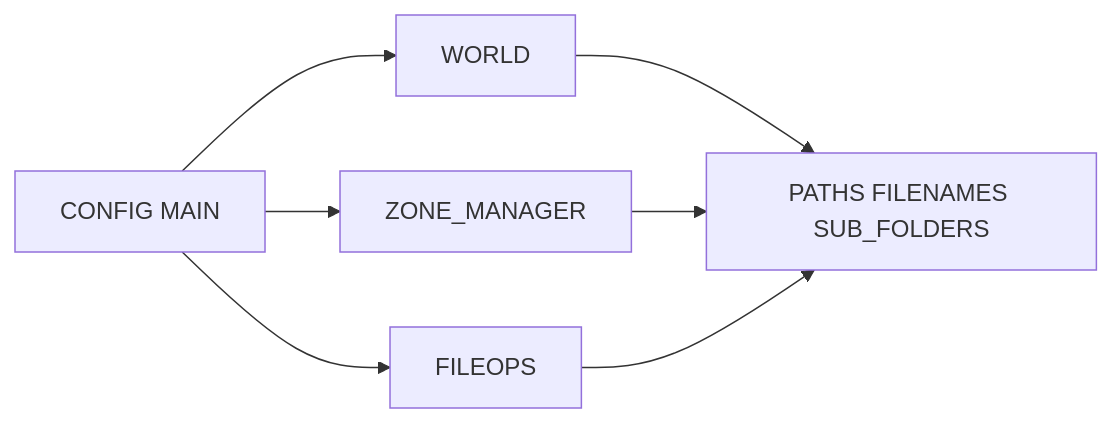
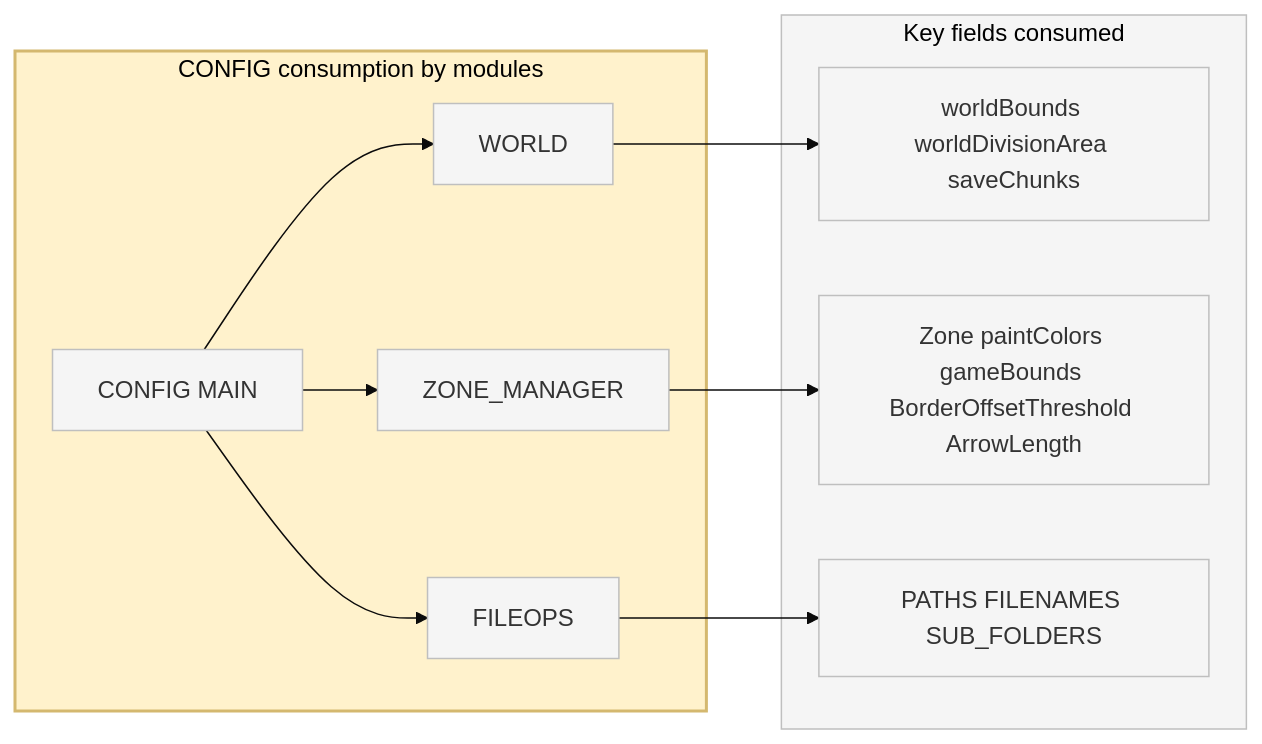
The third of 3 diagrams in docs/config/main_schema.md (Gh0st352/AETHR), drawn with Mermaid before and after one commit. The commit also changed other lines of this file and 8 other files, not shown here.

First line of the commit message:
docs(config): enhance Mermaid diagrams with theme/layout

````diff
--- a/docs/config/main_schema.md
+++ b/docs/config/main_schema.md
@@ -223,9 +271,26 @@
 ```mermaid
+%%{init: {"theme":"base", "themeVariables":{"primaryColor":"#f5f5f5"}}}%%
 flowchart LR
-  MAIN[CONFIG MAIN] --> WORLD[WORLD]
-  MAIN --> ZM[ZONE_MANAGER]
-  MAIN --> FILEOPS[FILEOPS]
-  WORLD --> uses[worldBounds worldDivisionArea saveChunks]
-  ZM --> uses[Zone paintColors gameBounds BorderOffsetThreshold ArrowLength]
-  FILEOPS --> uses[PATHS FILENAMES SUB_FOLDERS]
+  subgraph CONSUME [CONFIG consumption by modules]
+    style CONSUME fill:#fff2cc,stroke:#d4b86f,stroke-width:2px
+    MAIN[CONFIG MAIN] --> WORLD[WORLD]
+    MAIN --> ZM[ZONE_MANAGER]
+    MAIN --> FILEOPS[FILEOPS]
+  end
+
+  subgraph USAGE [Key fields consumed]
+    style USAGE fill:#f5f5f5,stroke:#bfbfbf,stroke-width:1px
+    WORLD --> uses_world[worldBounds worldDivisionArea saveChunks]
+    ZM --> uses_zm[Zone paintColors gameBounds BorderOffsetThreshold ArrowLength]
+    FILEOPS --> uses_fileops[PATHS FILENAMES SUB_FOLDERS]
+  end
+
+  classDef node fill:#f5f5f5,stroke:#bfbfbf
+  class MAIN node
+  class WORLD node
+  class ZM node
+  class FILEOPS node
+  class uses_world node
+  class uses_zm node
+  class uses_fileops node
 ```
````
